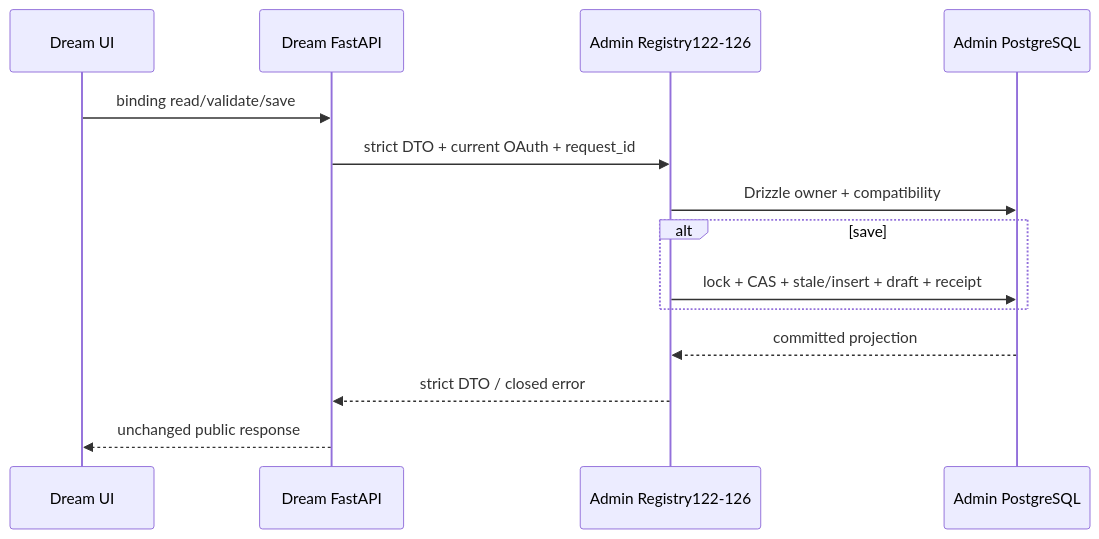
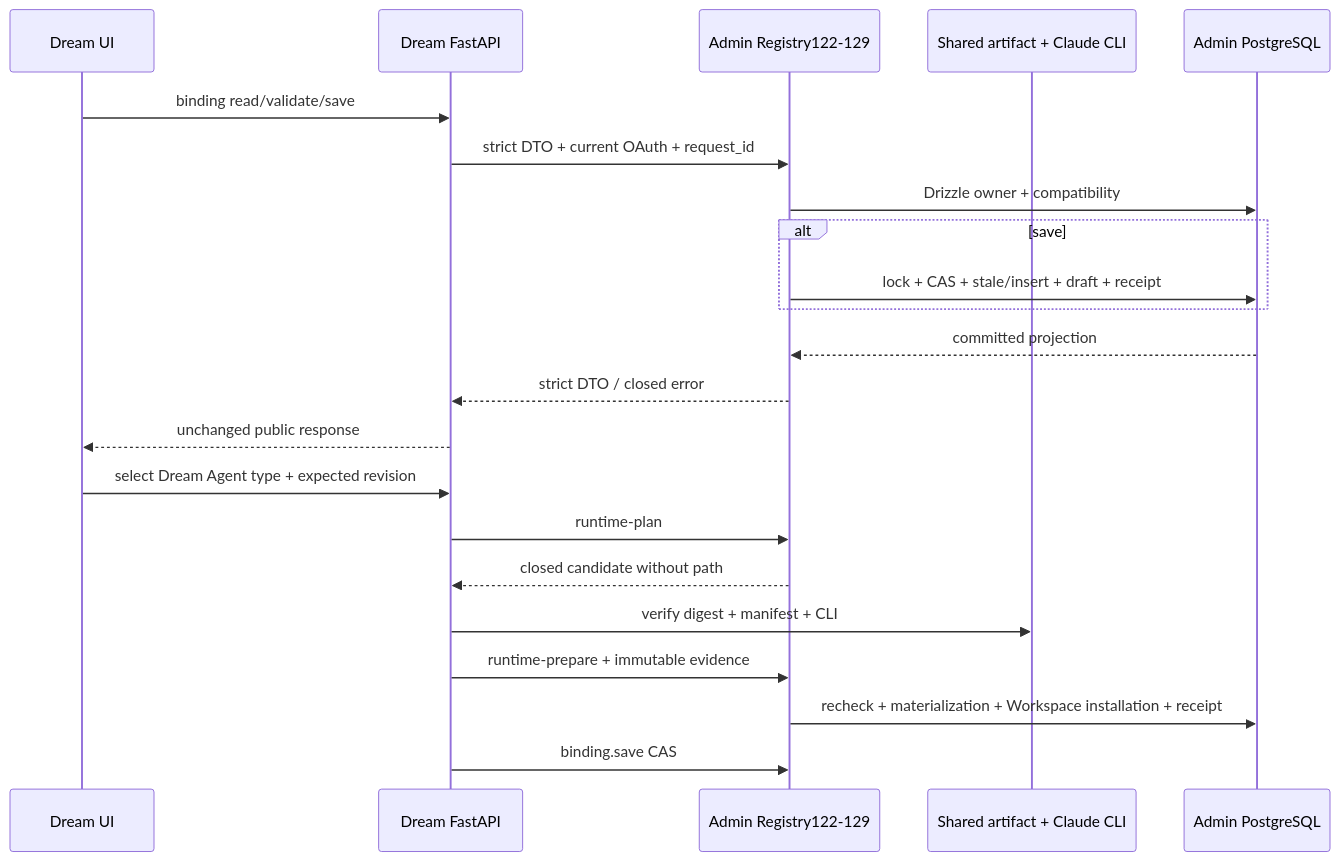
One commit to glide-the/im-dream changed the first of 7 diagrams in docs/architecture/admin-auth-data-interaction.md. Above: the diagram before and after it, drawn with Mermaid. The commit also changed other lines of this file and 16 other files, not shown here.

Commit message:
refactor(deck): use Admin agent type DTO operations

````diff
--- a/docs/architecture/admin-auth-data-interaction.md
+++ b/docs/architecture/admin-auth-data-interaction.md
@@ -45,16 +47,24 @@
 ```mermaid
 sequenceDiagram
   participant UI as Dream UI
   participant API as Dream FastAPI
-  participant ADM as Admin Registry122-126
+  participant ADM as Admin Registry122-129
+  participant FS as Shared artifact + Claude CLI
   participant DB as Admin PostgreSQL
   UI->>API: binding read/validate/save
   API->>ADM: strict DTO + current OAuth + request_id
   ADM->>DB: Drizzle owner + compatibility
   alt save
     ADM->>DB: lock + CAS + stale/insert + draft + receipt
   end
   DB-->>ADM: committed projection
   ADM-->>API: strict DTO / closed error
   API-->>UI: unchanged public response
+  UI->>API: select Dream Agent type + expected revision
+  API->>ADM: runtime-plan
+  ADM-->>API: closed candidate without path
+  API->>FS: verify digest + manifest + CLI
+  API->>ADM: runtime-prepare + immutable evidence
+  ADM->>DB: recheck + materialization + Workspace installation + receipt
+  API->>ADM: binding.save CAS
 ```
````
